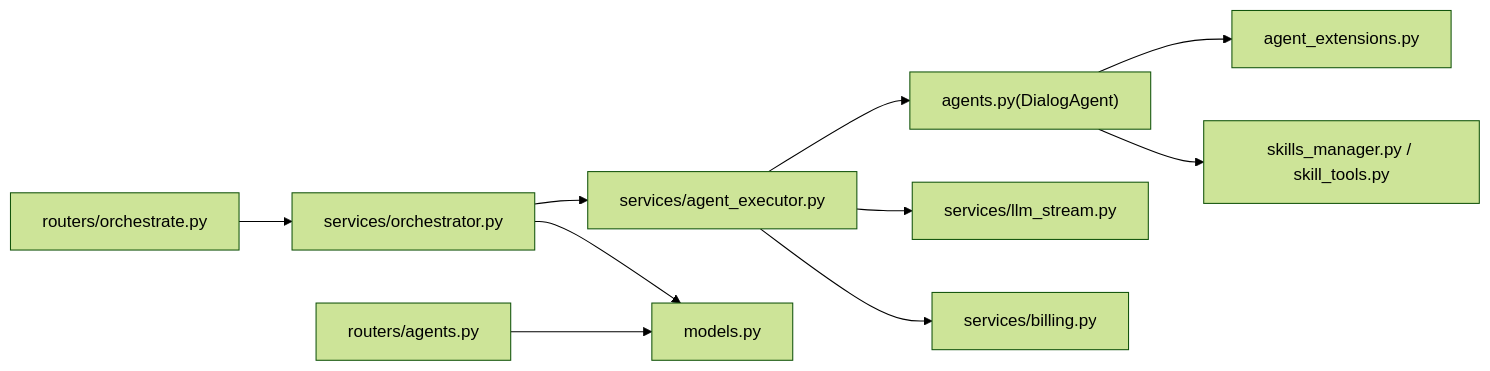
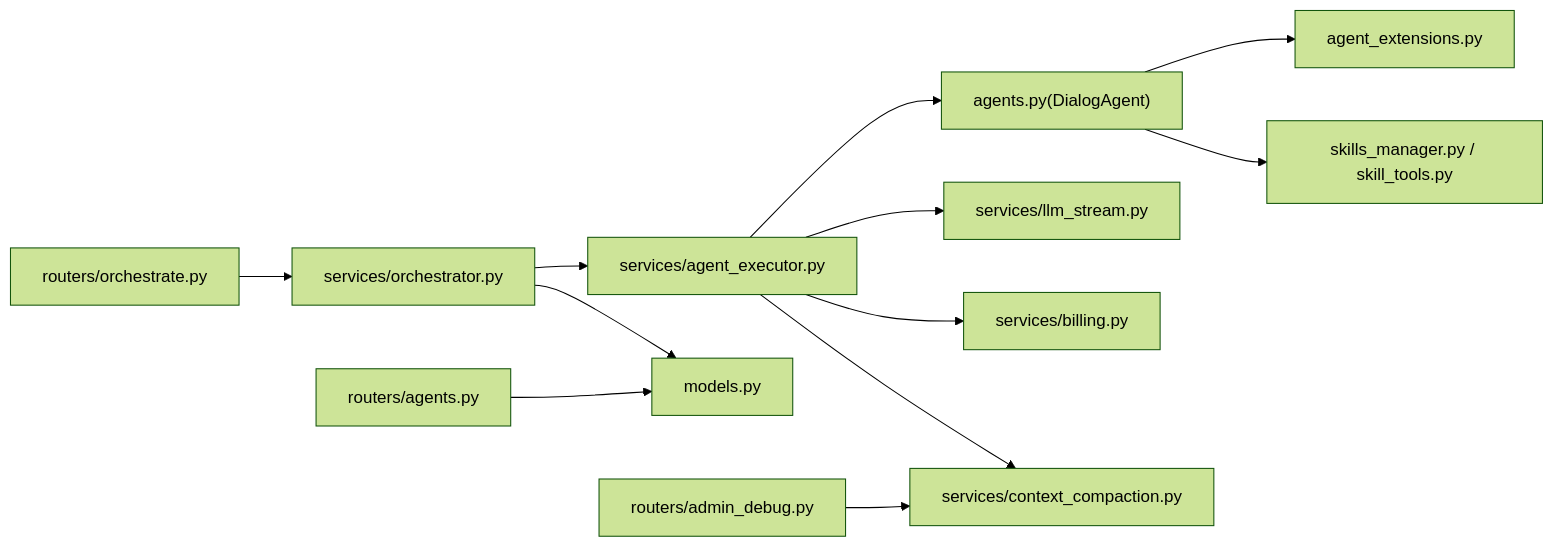
Before and after one commit to KunLabAI/KunFlix: the ninth of 9 diagrams in .qoder/repowiki/zh/content/AI智能体系统/AI智能体系统.md, drawn with Mermaid (forest theme). The commit also changed other lines of this file and 14 other files, not shown here.

First line of the commit message:
feat(context_compaction): 新增智能上下文压缩功能

````diff
--- a/.qoder/repowiki/zh/content/AI智能体系统/AI智能体系统.md
+++ b/.qoder/repowiki/zh/content/AI智能体系统/AI智能体系统.md
@@ -378,12 +455,14 @@
 ```mermaid
 graph LR
 Orchestrator["services/orchestrator.py"] --> Executor["services/agent_executor.py"]
 Orchestrator --> Models["models.py"]
 Executor --> Agents["agents.py(DialogAgent)"]
 Executor --> Stream["services/llm_stream.py"]
 Agents --> Extensions["agent_extensions.py"]
 Agents --> Skills["skills_manager.py / skill_tools.py"]
 Executor --> Billing["services/billing.py"]
+Executor --> Compaction["services/context_compaction.py"]
 RouterO["routers/orchestrate.py"] --> Orchestrator
 RouterA["routers/agents.py"] --> Models
+RouterD["routers/admin_debug.py"] --> Compaction
 ```
````
